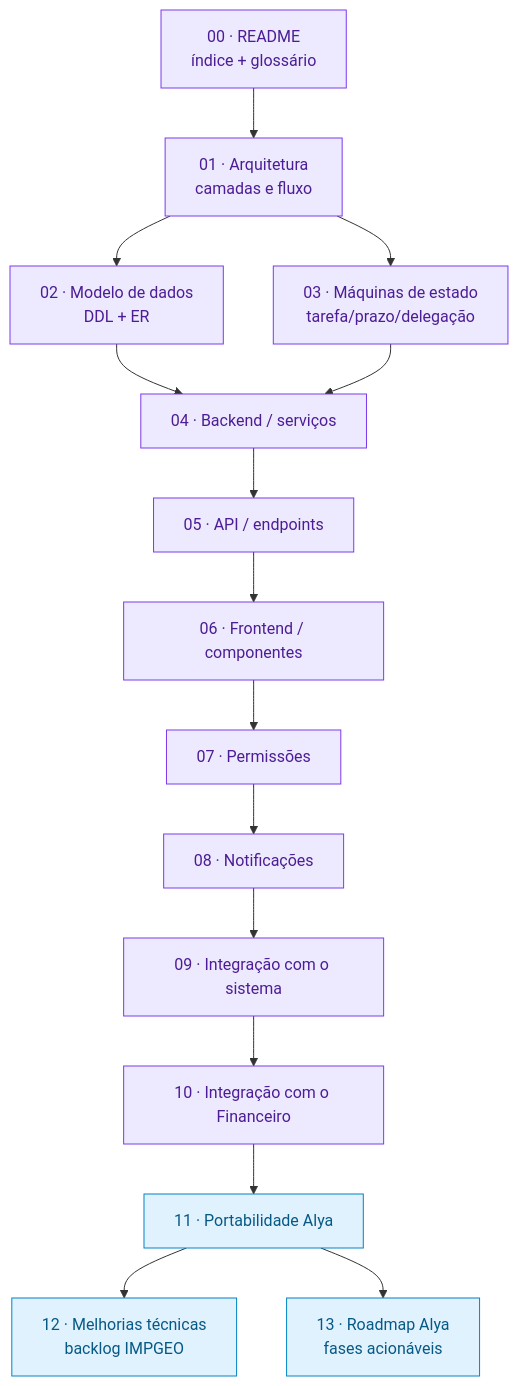
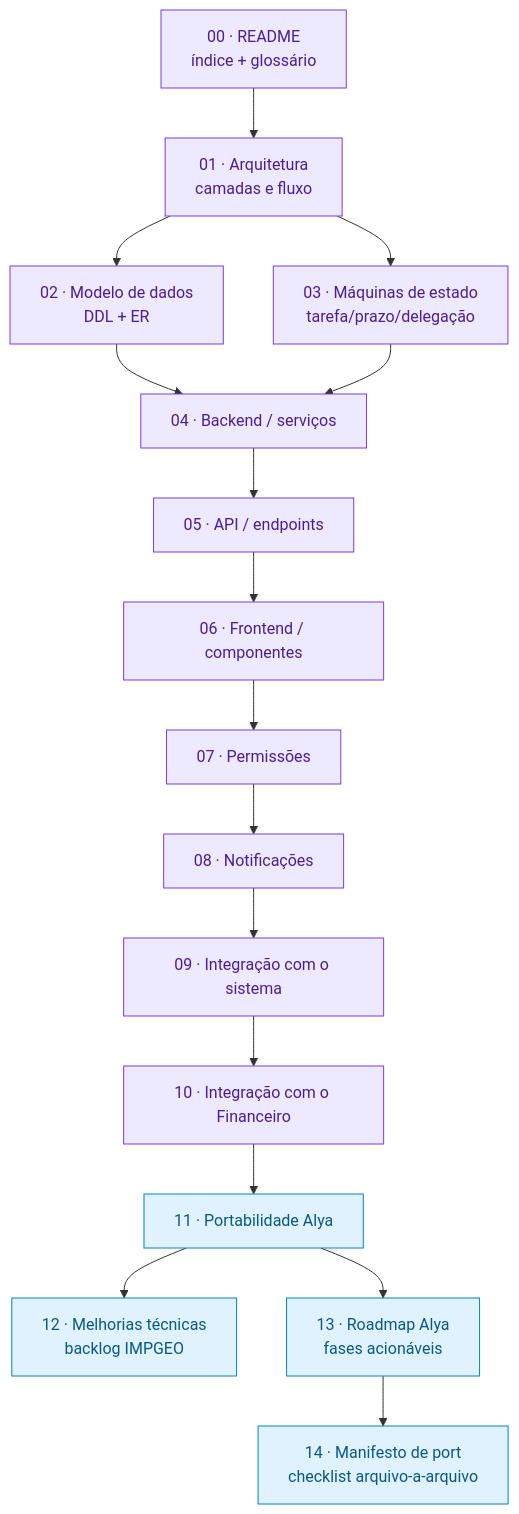
One commit to fercarvalho/impgeo changed the diagram in docs/16 - GERENCIAMENTO-BLUEPRINT/00-README.md. Above: the diagram before and after it, drawn with Mermaid. The commit also changed other lines of this file and 2 other files, not shown here.

Commit message:
docs(gerenciamento): manifesto de portabilidade + correção de fidelidade no frontend
- 14 Manifesto de port: checklist arquivo-por-arquivo (verbatim/adaptar/podar/
  criar) das migrations, serviços, endpoints e componentes — camada mecânica
  para a execução do port no Alya
- 06: corrige CapturarUsuarioModal — é impersonation do superadmin (fora do PM,
  podado no Alya), não seletor de usuário; seleção real é <select> +
  fetchAssignableUsers/fetchPmUsers
- 00: índice e mapa de docs incluem o doc 14

Diagramas alterados revalidados com mermaid-cli.

````diff
--- a/docs/16 - GERENCIAMENTO-BLUEPRINT/00-README.md
+++ b/docs/16 - GERENCIAMENTO-BLUEPRINT/00-README.md
@@ -17,22 +17,23 @@
 ```mermaid
 flowchart TD
     A[00 · README<br/>índice + glossário] --> B[01 · Arquitetura<br/>camadas e fluxo]
     B --> C[02 · Modelo de dados<br/>DDL + ER]
     B --> D[03 · Máquinas de estado<br/>tarefa/prazo/delegação]
     C --> E[04 · Backend / serviços]
     D --> E
     E --> F[05 · API / endpoints]
     F --> G[06 · Frontend / componentes]
     G --> H[07 · Permissões]
     H --> I[08 · Notificações]
     I --> J[09 · Integração com o sistema]
     J --> K[10 · Integração com o Financeiro]
     K --> L[11 · Portabilidade Alya]
     L --> M[12 · Melhorias técnicas<br/>backlog IMPGEO]
     L --> N[13 · Roadmap Alya<br/>fases acionáveis]
+    N --> O[14 · Manifesto de port<br/>checklist arquivo-a-arquivo]
 
     classDef impgeo fill:#ede9fe,stroke:#7c3aed,color:#4c1d95;
     classDef alya fill:#e0f2fe,stroke:#0284c7,color:#075985;
     class A,B,C,D,E,F,G,H,I,J,K impgeo;
-    class L,M,N alya;
+    class L,M,N,O alya;
 ```
````
